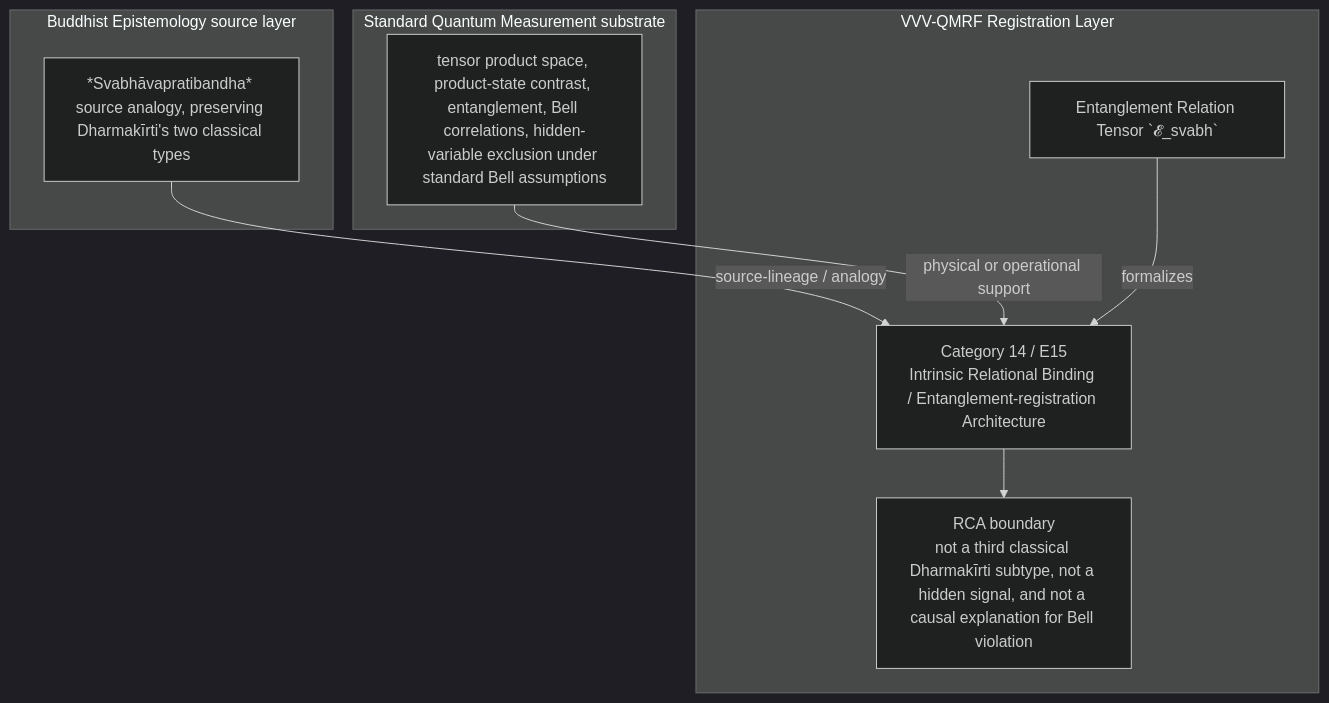
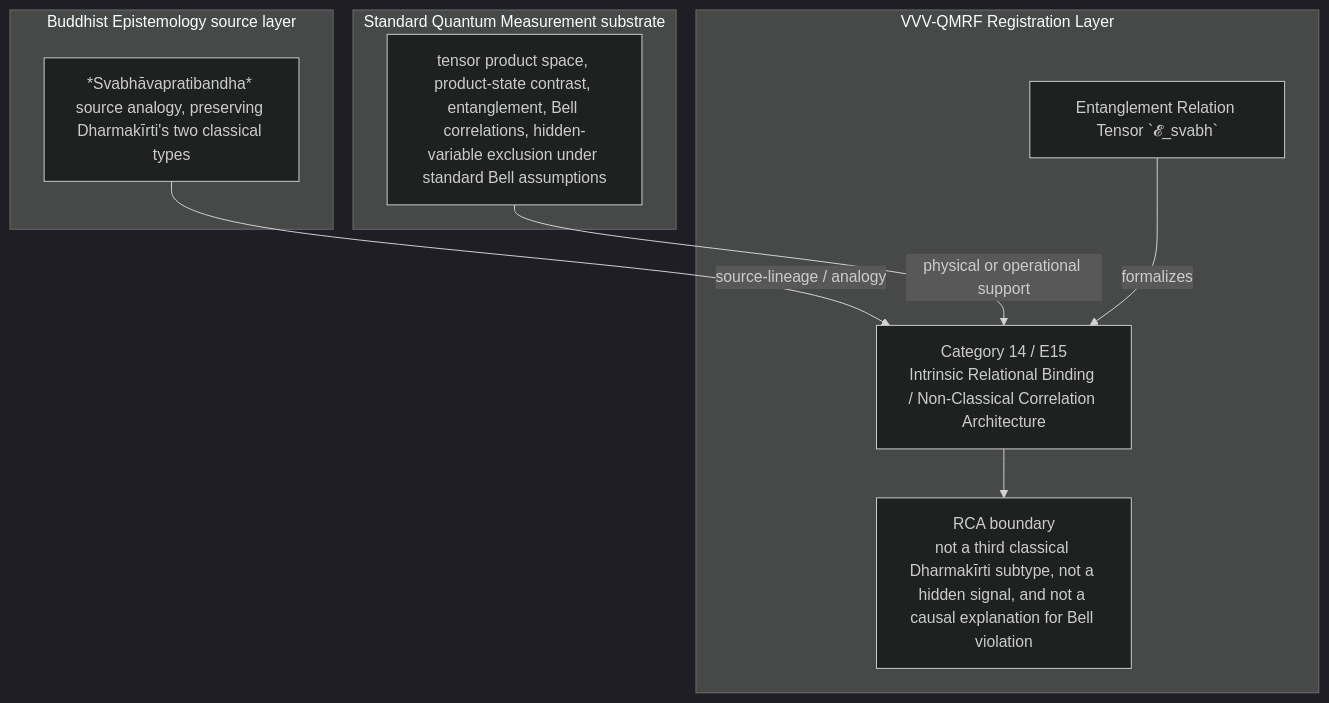
One commit to AIhugART/VVV-QMRF-VietVunVut-Quantum-Measurement-Registration-Framework changed the diagram in documents/research_documents/category/vvv_qmrf_category_14_e15_intrinsic_relational_binding.md. Above: the diagram before and after it, drawn with Mermaid (dark theme). The commit also changed other lines of this file and 133 other files, not shown here.

````diff
--- a/documents/research_documents/category/vvv_qmrf_category_14_e15_intrinsic_relational_binding.md
+++ b/documents/research_documents/category/vvv_qmrf_category_14_e15_intrinsic_relational_binding.md
@@ -262,21 +276,21 @@
 ```mermaid
 flowchart TD
     subgraph BE["Buddhist Epistemology source layer"]
         BE1["*Svabhāvapratibandha* source analogy, preserving Dharmakīrti's two classical types"]
     end
 
     subgraph QM["Standard Quantum Measurement substrate"]
         QM1["tensor product space, product-state contrast, entanglement, Bell correlations, hidden-variable exclusion under standard Bell assumptions"]
     end
 
     subgraph VVV["VVV-QMRF Registration Layer"]
-        CAT["Category 14 / E15<br/>Intrinsic Relational Binding / Entanglement-registration Architecture"]
+        CAT["Category 14 / E15<br/>Intrinsic Relational Binding / Non-Classical Correlation Architecture"]
         SYM["Entanglement Relation Tensor `𝓔_svabh`"]
         BOUND["RCA boundary<br/>not a third classical Dharmakīrti subtype, not a hidden signal, and not a causal explanation for Bell violation"]
     end
 
     BE1 -->|"source-lineage / analogy"| CAT
     QM1 -->|"physical or operational support"| CAT
     SYM -->|"formalizes"| CAT
     CAT --> BOUND
 ```
````
